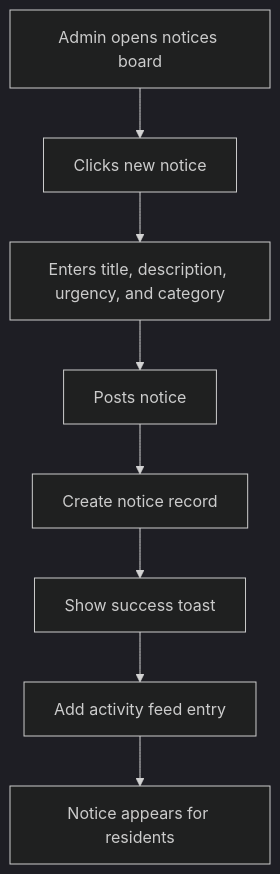
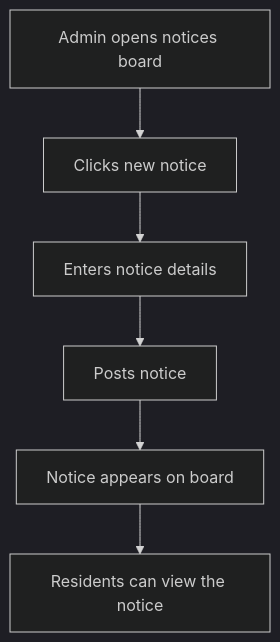
One commit to painful-bug/MAY2026-Team-035 changed diagram 16 of 20 in implemented_flows.md. Above: the diagram before and after it, drawn with Mermaid (dark theme). The commit also changed other lines of this file, not shown here.

First line of the commit message:
Simplify flow documentation

````diff
--- a/implemented_flows.md
+++ b/implemented_flows.md
@@ -321,10 +182,8 @@
 ```mermaid
 flowchart TD
   A[Admin opens notices board] --> B[Clicks new notice]
-  B --> C[Enters title, description, urgency, and category]
+  B --> C[Enters notice details]
   C --> D[Posts notice]
-  D --> E[Create notice record]
-  E --> F[Show success toast]
-  F --> G[Add activity feed entry]
-  G --> H[Notice appears for residents]
+  D --> E[Notice appears on board]
+  E --> F[Residents can view the notice]
 ```
````
